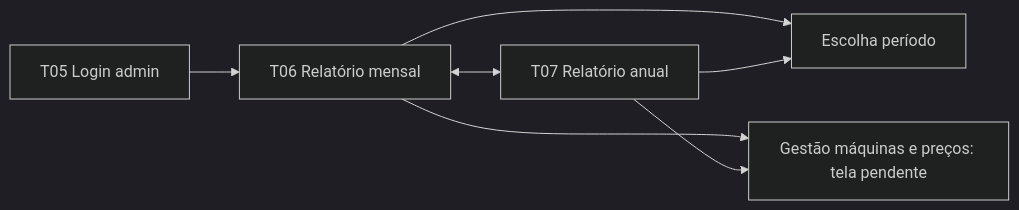
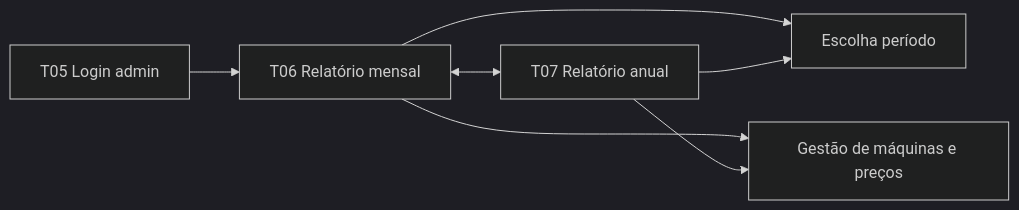
Before and after one commit to joelmirandaa/Lav.Cameta: the second of 2 diagrams in docs/fluxos/jornadas.md, drawn with Mermaid (dark theme). The commit also changed other lines of this file and 316 other files, not shown here.

````diff
--- a/docs/fluxos/jornadas.md
+++ b/docs/fluxos/jornadas.md
@@ -24,9 +24,9 @@
 ```mermaid
 flowchart LR
  A[T05 Login admin] --> B[T06 Relatório mensal]
  B <--> C[T07 Relatório anual]
  B --> D[Escolha período]
  C --> D
- B --> E[Gestão máquinas e preços: tela pendente]
+ B --> E[Gestão de máquinas e preços]
  C --> E
 ```
````
